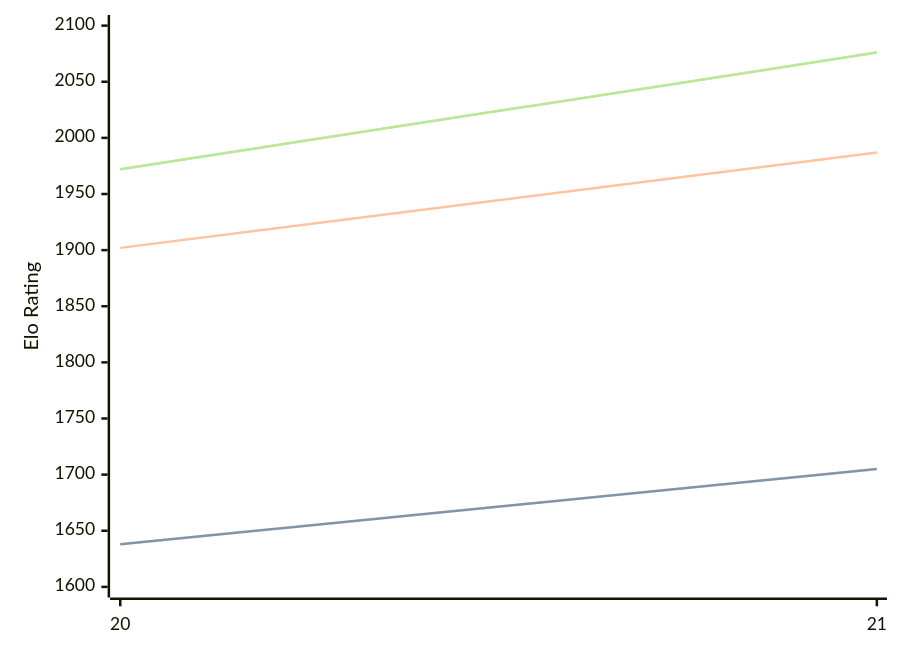
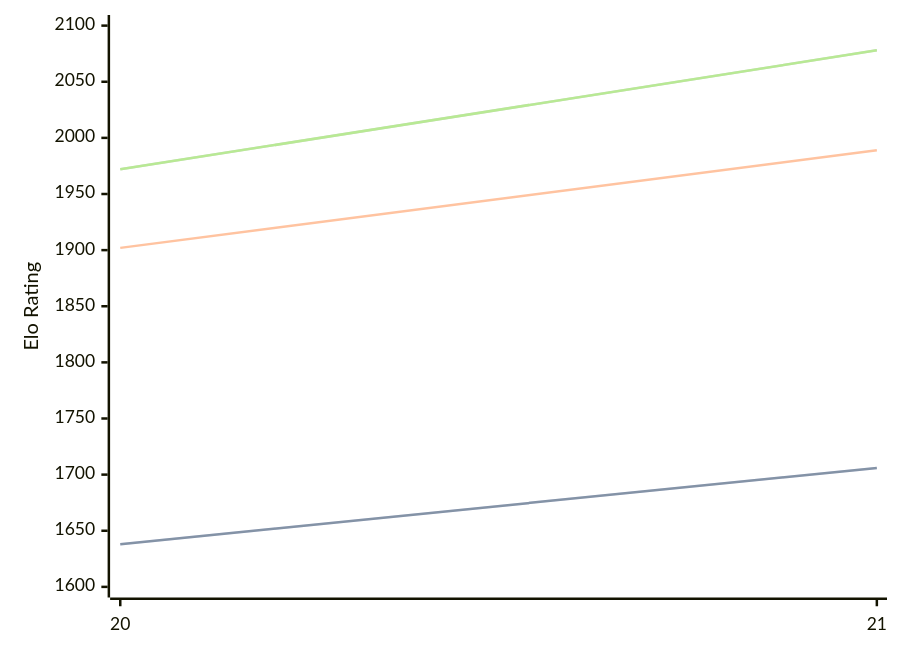
Before and after one commit to computer-chess-index/cci: the diagram in engines/PurplePanda.md, drawn with Mermaid. The commit also changed other lines of this file, not shown here.

Commit message:
Update CCI Ratings (ELO VLTC) - 2026-08-16

````diff
--- a/engines/PurplePanda.md
+++ b/engines/PurplePanda.md
@@ -32,11 +32,11 @@
 ```mermaid
 %%{init: {"theme":"base","themeVariables":{"seriesColors:['#a3a3a3','#222221','#faa371']}}}%%
 xychart-beta
   x-axis ["20", "21"]
   y-axis "Elo Rating" 1600 --> 2100
-  line "STC (8.0+0.08s)" [1638, 1705]
-  line "STC (8.0+0.08s)" [1638, 1705]
-  line "LTC (60.0+0.60s)" [1902, 1987]
-  line "VLTC (2m24s+1.12s)" [1972, 2076]
-  line "VLTC (2m24s+1.12s)" [1972, 2076]
+  line "STC (8.0+0.08s)" [1638, 1706]
+  line "STC (8.0+0.08s)" [1638, 1706]
+  line "LTC (60.0+0.60s)" [1902, 1989]
+  line "VLTC (2m24s+1.12s)" [1972, 2078]
+  line "VLTC (2m24s+1.12s)" [1972, 2078]
 ```
````
